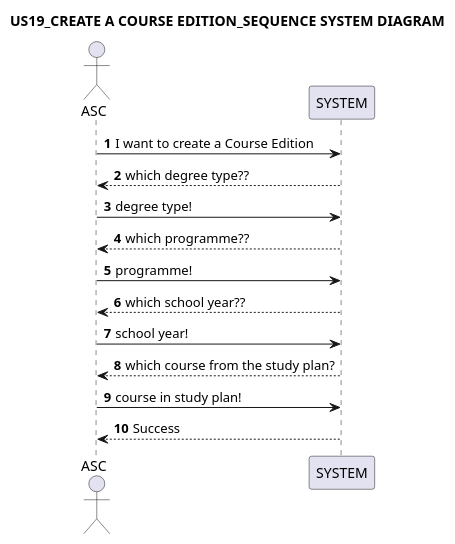
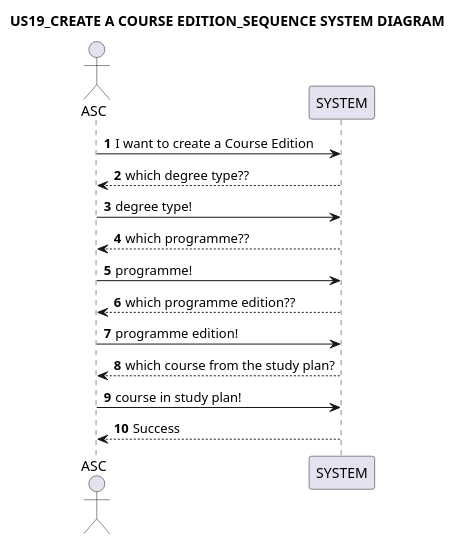
One commit to GasparISEP/DevOps-PAI changed the diagram in docs/US19/US19_CreateCourseEdition_SSD.puml. Above: the diagram before and after it, drawn with PlantUML.

Commit message:
doc(ssd): refactor interaction with system in US19 (refs #61)

```diff
--- a/docs/US19/US19_CreateCourseEdition_SSD.puml
+++ b/docs/US19/US19_CreateCourseEdition_SSD.puml
@@ -1,19 +1,19 @@
 @startuml
 title: US19_CREATE A COURSE EDITION_SEQUENCE SYSTEM DIAGRAM
 autonumber
 
 actor ASC
 participant SYSTEM
 ASC -> SYSTEM:  I want to create a Course Edition
 SYSTEM --> ASC -- : which degree type??
 ASC -> SYSTEM:  degree type!
 SYSTEM --> ASC -- : which programme??
 ASC -> SYSTEM: programme!
-SYSTEM --> ASC -- : which school year??
-ASC -> SYSTEM: school year!
+SYSTEM --> ASC -- : which programme edition??
+ASC -> SYSTEM: programme edition!
 SYSTEM --> ASC -- : which course from the study plan?
 ASC -> SYSTEM: course in study plan!
 SYSTEM --> ASC --: Success
 
 
 @enduml
```
